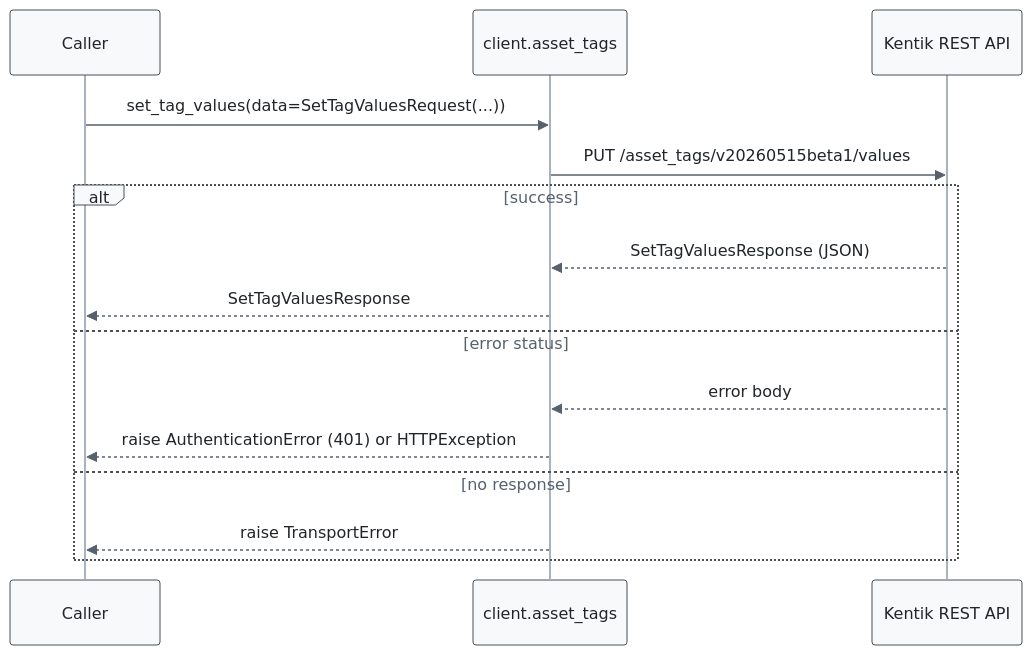
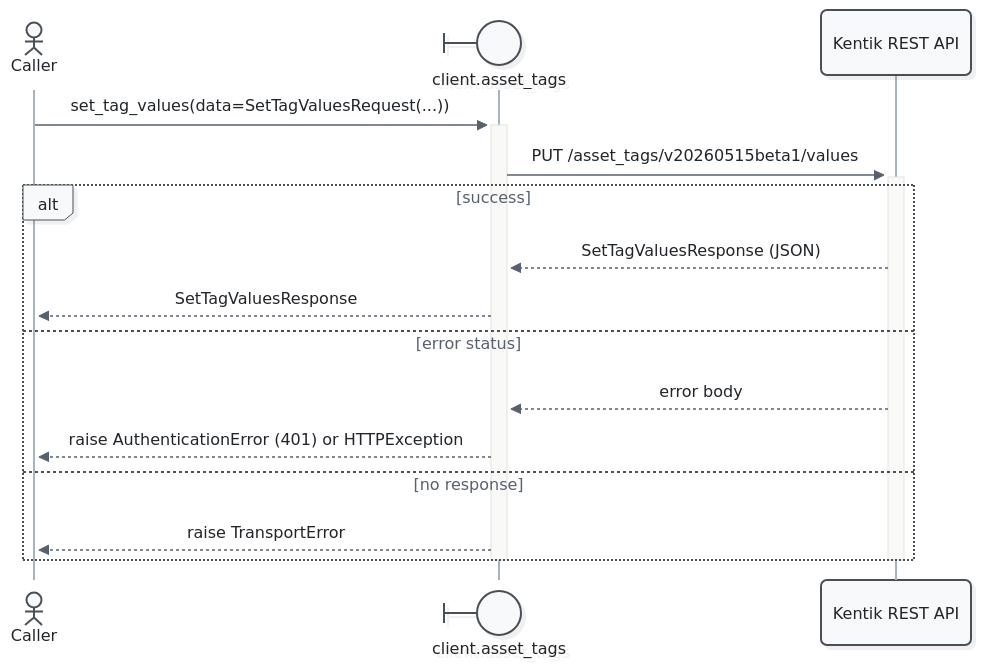
Before and after one commit to alexdearaujo/community_sdk_python: diagram 15 of 19 in docs/sphinx/services/asset_tags.md, drawn with Mermaid. The commit also changed other lines of this file and 52 other files, not shown here.

First line of the commit message:
docs: Mermaid 12 sequence diagrams with participant types and path colors

````diff
--- a/docs/sphinx/services/asset_tags.md
+++ b/docs/sphinx/services/asset_tags.md
@@ -579,19 +614,21 @@
 ```mermaid
-%%{init: {"theme": "base", "fontFamily": "ui-monospace, SFMono-Regular, Menlo, monospace", "themeVariables": {"fontFamily": "ui-monospace, SFMono-Regular, Menlo, monospace", "primaryColor": "#f8f9fa", "primaryBorderColor": "#495057", "primaryTextColor": "#212529", "textColor": "#212529", "lineColor": "#77818c", "edgeLabelBackground": "#ffffff", "actorBkg": "#f8f9fa", "actorBorder": "#495057", "actorTextColor": "#212529", "actorLineColor": "#a9b3be", "signalColor": "#57616d", "signalTextColor": "#212529", "labelBoxBkgColor": "#f8f9fa", "labelBoxBorderColor": "#495057", "labelTextColor": "#212529", "loopTextColor": "#57616d", "noteBkgColor": "#fff9db", "noteBorderColor": "#f08c00", "noteTextColor": "#a35a00"}, "flowchart": {"curve": "step", "nodeSpacing": 30, "rankSpacing": 70, "wrappingWidth": 400}}}%%
+%%{init: {"theme": "redux", "look": "neo", "layout": "dagre", "fontFamily": "ui-monospace, SFMono-Regular, Menlo, monospace", "themeVariables": {"fontFamily": "ui-monospace, SFMono-Regular, Menlo, monospace", "primaryColor": "#f8f9fa", "primaryBorderColor": "#495057", "primaryTextColor": "#212529", "textColor": "#212529", "lineColor": "#77818c", "edgeLabelBackground": "#ffffff", "actorBkg": "#f8f9fa", "actorBorder": "#495057", "actorTextColor": "#212529", "actorLineColor": "#a9b3be", "signalColor": "#57616d", "signalTextColor": "#212529", "labelBoxBkgColor": "#f8f9fa", "labelBoxBorderColor": "#495057", "labelTextColor": "#212529", "loopTextColor": "#57616d", "noteBkgColor": "#fff9db", "noteBorderColor": "#f08c00", "noteTextColor": "#a35a00"}, "sequence": {"activationWidth": 16}, "flowchart": {"curve": "step", "nodeSpacing": 30, "rankSpacing": 70, "wrappingWidth": 400}}}%%
 sequenceDiagram
-    participant C as Caller
-    participant W as client.asset_tags
+    actor C as Caller
+    participant W@{ "type": "boundary" } as client.asset_tags
     participant API as Kentik REST API
 
-    C->>W: set_tag_values(data=SetTagValuesRequest(...))
-    W->>API: PUT /asset_tags/v20260515beta1/values
+    C->>+W: set_tag_values(data=SetTagValuesRequest(...))
+    W->>+API: PUT /asset_tags/v20260515beta1/values
     alt success
         API-->>W: SetTagValuesResponse (JSON)
         W-->>C: SetTagValuesResponse
     else error status
         API-->>W: error body
         W-->>C: raise AuthenticationError (401) or HTTPException
     else no response
         W-->>C: raise TransportError
     end
+    deactivate API
+    deactivate W
 ```
````
